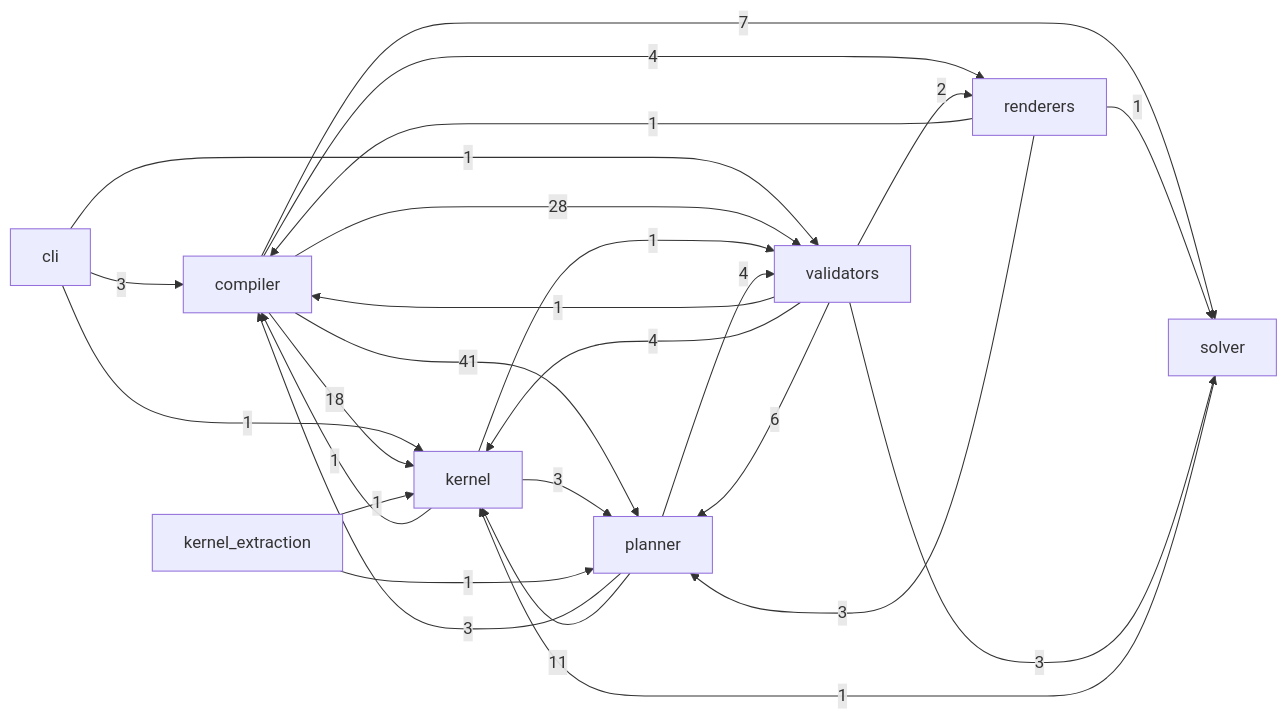
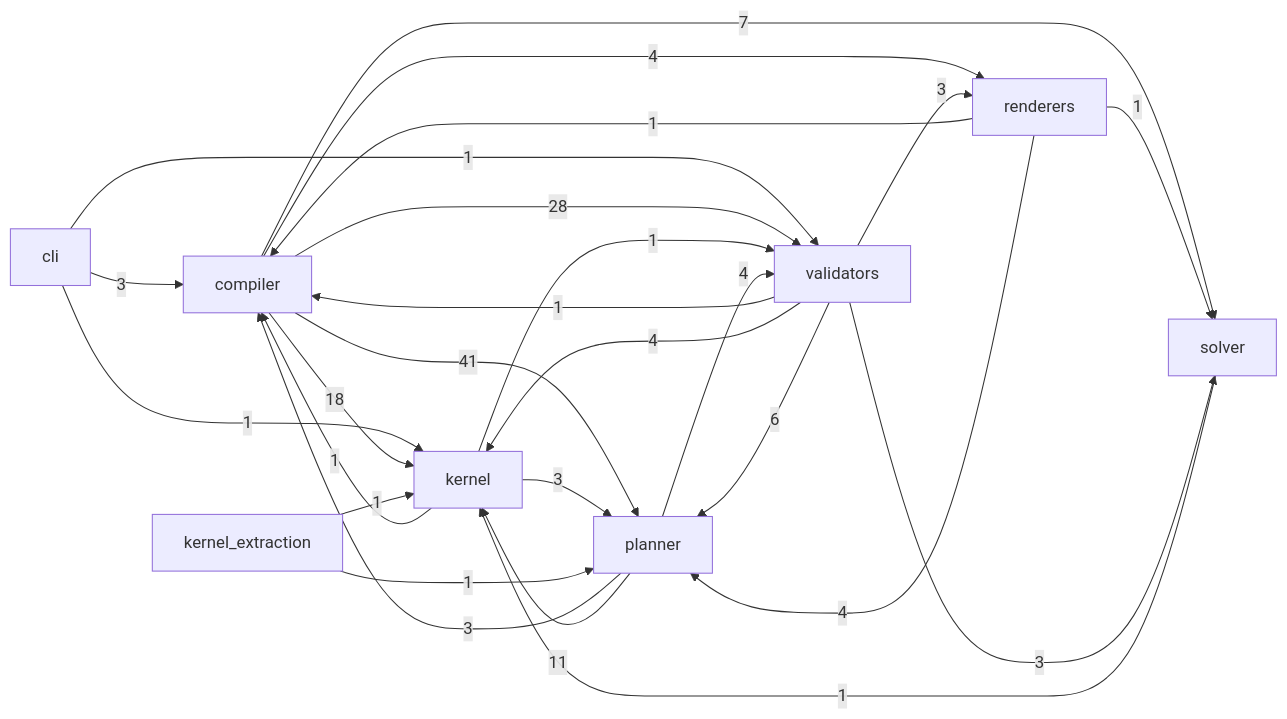
Before and after one commit to Kingsley-Cyber/cinematic-compiler-core: the diagram in docs/reference/code.md, drawn with Mermaid. The commit also changed other lines of this file and 34 other files, not shown here.

````diff
--- a/docs/reference/code.md
+++ b/docs/reference/code.md
@@ -15,28 +15,28 @@
 ```mermaid
 flowchart LR
   cli -->|3| compiler
   cli -->|1| kernel
   cli -->|1| validators
   compiler -->|18| kernel
   compiler -->|41| planner
   compiler -->|4| renderers
   compiler -->|7| solver
   compiler -->|28| validators
   kernel -->|1| compiler
   kernel -->|3| planner
   kernel -->|1| validators
   kernel_extraction -->|1| kernel
   kernel_extraction -->|1| planner
   planner -->|3| compiler
   planner -->|11| kernel
   planner -->|4| validators
   renderers -->|1| compiler
-  renderers -->|3| planner
+  renderers -->|4| planner
   renderers -->|1| solver
   solver -->|1| kernel
   validators -->|1| compiler
   validators -->|4| kernel
   validators -->|6| planner
-  validators -->|2| renderers
+  validators -->|3| renderers
   validators -->|3| solver
 ```
````
